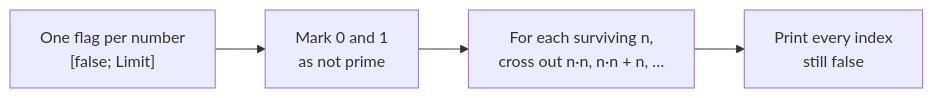
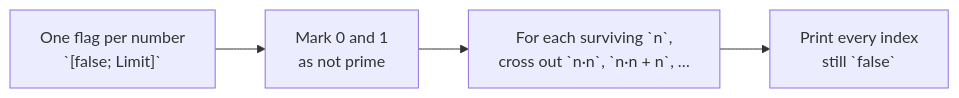
Before and after one commit to rux-lang/Web: the diagram in content/docs/1.learn/25.projects/04.prime.md, drawn with Mermaid. The commit also changed 187 other files, not shown here.

First line of the commit message:
Draw the Learn diagrams for phones, with code in the mono face

````diff
--- a/content/docs/1.learn/25.projects/04.prime.md
+++ b/content/docs/1.learn/25.projects/04.prime.md
@@ -31,6 +31,6 @@
 ```mermaid
 flowchart LR
-    make["One flag per number<br/>[false; Limit]"] --> mark["Mark 0 and 1<br/>as not prime"]
-    mark --> sieve["For each surviving n,<br/>cross out n·n, n·n + n, …"]
-    sieve --> print["Print every index<br/>still false"]
+    make["One flag per number<br/>`[false; Limit]`"] --> mark["Mark 0 and 1<br/>as not prime"]
+    mark --> sieve["For each surviving `n`,<br/>cross out `n·n`, `n·n + n`, …"]
+    sieve --> print["Print every index<br/>still `false`"]
 ```
````
